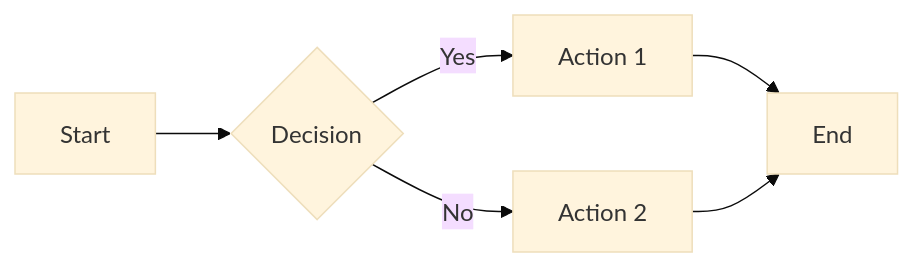
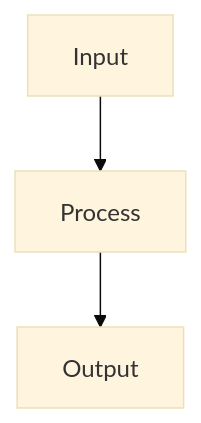
The diagram in skills/other/markdown-simhacker-moollm-2/SKILL.md (majiayu000/claude-skill-registry), drawn with Mermaid (base theme) before and after one commit. The commit also changed other lines of this file and 4 other files, not shown here.

````diff
--- a/skills/other/markdown-simhacker-moollm-2/SKILL.md
+++ b/skills/other/markdown-simhacker-moollm-2/SKILL.md
@@ -215,8 +70,5 @@
 ```mermaid
-flowchart LR
-    A[Start] --> B{Decision}
-    B -->|Yes| C[Action 1]
-    B -->|No| D[Action 2]
-    C --> E[End]
-    D --> E
+flowchart TD
+    A[Input] --> B[Process]
+    B --> C[Output]
 ```
````
